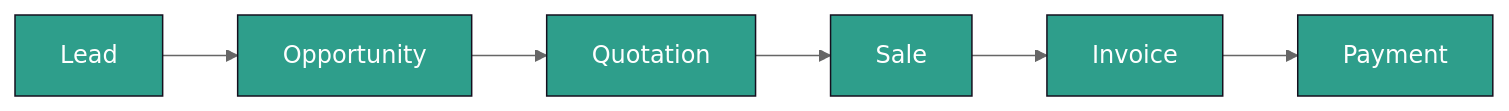
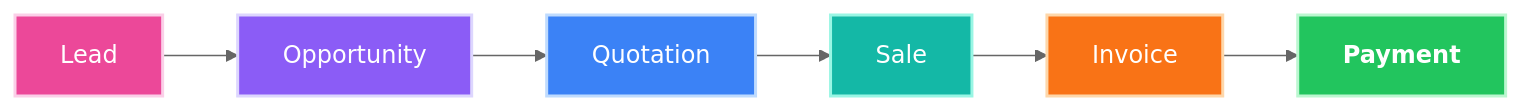
Before and after one commit to NoohSD/NoohSD: the fifth of 6 diagrams in README.md, drawn with Mermaid (neutral theme). The commit also changed other lines of this file, not shown here.

````diff
--- a/README.md
+++ b/README.md
@@ -230,6 +254,16 @@
 ```mermaid
 flowchart LR
     L[Lead] --> O[Opportunity] --> Q[Quotation] --> S[Sale] --> I[Invoice] --> P[Payment]
-    classDef a fill:#2E9E8B,color:#fff,stroke:#150F1E
-    class L,O,Q,S,I,P a
+    classDef s1 fill:#EC4899,color:#FFFFFF,stroke:#FBCFE8,stroke-width:2px
+    classDef s2 fill:#8B5CF6,color:#FFFFFF,stroke:#DDD6FE,stroke-width:2px
+    classDef s3 fill:#3B82F6,color:#FFFFFF,stroke:#BFDBFE,stroke-width:2px
+    classDef s4 fill:#14B8A6,color:#FFFFFF,stroke:#99F6E4,stroke-width:2px
+    classDef s5 fill:#F97316,color:#FFFFFF,stroke:#FED7AA,stroke-width:2px
+    classDef s6 fill:#22C55E,color:#FFFFFF,stroke:#BBF7D0,stroke-width:2px,font-weight:bold
+    class L s1
+    class O s2
+    class Q s3
+    class S s4
+    class I s5
+    class P s6
 ```
````
